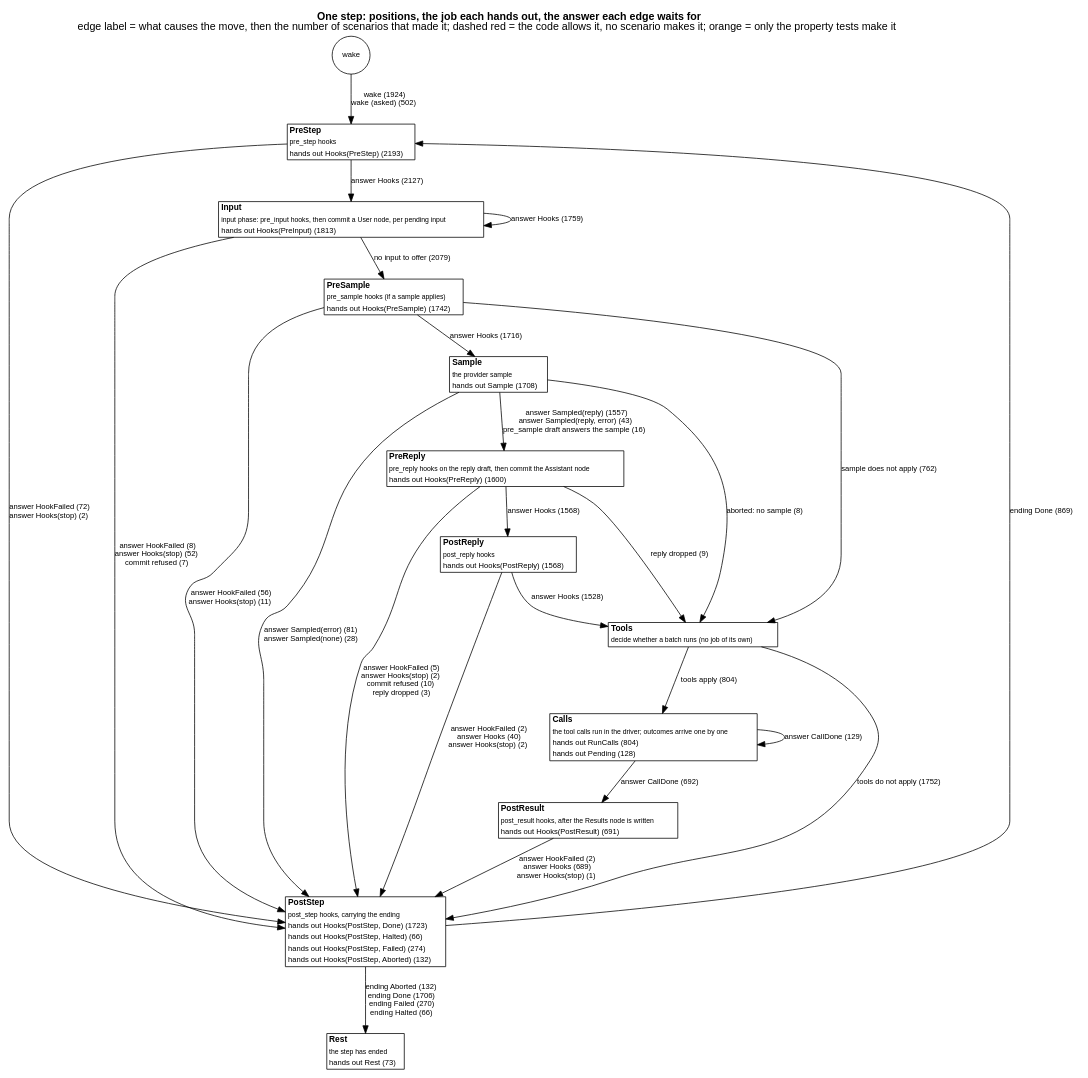
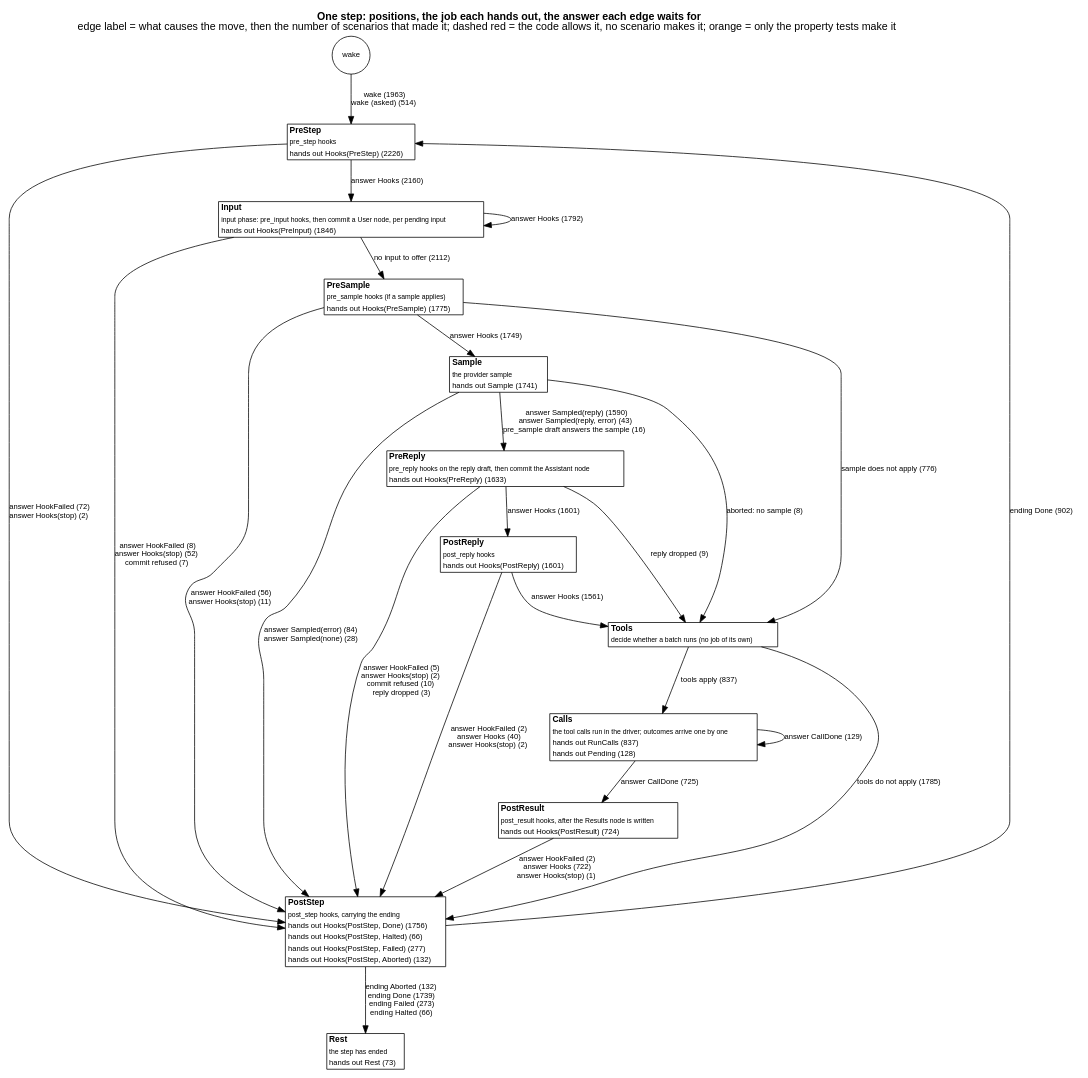
Before and after one commit to jmccardle/tau: the diagram in docs/as-built/diagrams/step-positions.dot, drawn with Graphviz. The commit also changed 5 other files, not shown here.

Commit message:
docs: frontends guide's Welcome says protocol=2; as-built diagrams refreshed (Image, Outcome::Ok images)

```diff
--- a/docs/as-built/diagrams/step-positions.dot
+++ b/docs/as-built/diagrams/step-positions.dot
@@ -1,42 +1,42 @@
 // Generated by scripts/diagrams.sh from the test suites' transitions. Do not edit.
 digraph step_positions {
   graph [rankdir=TB, fontname="Helvetica", nodesep=0.5, ranksep=0.6, labelloc=t, label=<<b>One step: positions, the job each hands out, the answer each edge waits for</b><br/>edge label = what causes the move, then the number of scenarios that made it; dashed red = the code allows it, no scenario makes it; orange = only the property tests make it>];
   node [shape=plain, fontname="Helvetica", fontsize=11];
   edge [fontname="Helvetica", fontsize=10];
   "(wake)" [shape=circle, label="wake", fontsize=10];
-  "PreStep" [label=<<table border="1" cellborder="0" cellspacing="0" bgcolor="white"><tr><td align="left"><b>PreStep</b></td></tr><tr><td align="left"><font point-size="9">pre_step hooks</font></td></tr><tr><td align="left"><font color="black" point-size="10">hands out Hooks(PreStep) (2193)</font></td></tr></table>>];
-  "Input" [label=<<table border="1" cellborder="0" cellspacing="0" bgcolor="white"><tr><td align="left"><b>Input</b></td></tr><tr><td align="left"><font point-size="9">input phase: pre_input hooks, then commit a User node, per pending input</font></td></tr><tr><td align="left"><font color="black" point-size="10">hands out Hooks(PreInput) (1813)</font></td></tr></table>>];
-  "PreSample" [label=<<table border="1" cellborder="0" cellspacing="0" bgcolor="white"><tr><td align="left"><b>PreSample</b></td></tr><tr><td align="left"><font point-size="9">pre_sample hooks (if a sample applies)</font></td></tr><tr><td align="left"><font color="black" point-size="10">hands out Hooks(PreSample) (1742)</font></td></tr></table>>];
-  "Sample" [label=<<table border="1" cellborder="0" cellspacing="0" bgcolor="white"><tr><td align="left"><b>Sample</b></td></tr><tr><td align="left"><font point-size="9">the provider sample</font></td></tr><tr><td align="left"><font color="black" point-size="10">hands out Sample (1708)</font></td></tr></table>>];
-  "PreReply" [label=<<table border="1" cellborder="0" cellspacing="0" bgcolor="white"><tr><td align="left"><b>PreReply</b></td></tr><tr><td align="left"><font point-size="9">pre_reply hooks on the reply draft, then commit the Assistant node</font></td></tr><tr><td align="left"><font color="black" point-size="10">hands out Hooks(PreReply) (1600)</font></td></tr></table>>];
-  "PostReply" [label=<<table border="1" cellborder="0" cellspacing="0" bgcolor="white"><tr><td align="left"><b>PostReply</b></td></tr><tr><td align="left"><font point-size="9">post_reply hooks</font></td></tr><tr><td align="left"><font color="black" point-size="10">hands out Hooks(PostReply) (1568)</font></td></tr></table>>];
+  "PreStep" [label=<<table border="1" cellborder="0" cellspacing="0" bgcolor="white"><tr><td align="left"><b>PreStep</b></td></tr><tr><td align="left"><font point-size="9">pre_step hooks</font></td></tr><tr><td align="left"><font color="black" point-size="10">hands out Hooks(PreStep) (2226)</font></td></tr></table>>];
+  "Input" [label=<<table border="1" cellborder="0" cellspacing="0" bgcolor="white"><tr><td align="left"><b>Input</b></td></tr><tr><td align="left"><font point-size="9">input phase: pre_input hooks, then commit a User node, per pending input</font></td></tr><tr><td align="left"><font color="black" point-size="10">hands out Hooks(PreInput) (1846)</font></td></tr></table>>];
+  "PreSample" [label=<<table border="1" cellborder="0" cellspacing="0" bgcolor="white"><tr><td align="left"><b>PreSample</b></td></tr><tr><td align="left"><font point-size="9">pre_sample hooks (if a sample applies)</font></td></tr><tr><td align="left"><font color="black" point-size="10">hands out Hooks(PreSample) (1775)</font></td></tr></table>>];
+  "Sample" [label=<<table border="1" cellborder="0" cellspacing="0" bgcolor="white"><tr><td align="left"><b>Sample</b></td></tr><tr><td align="left"><font point-size="9">the provider sample</font></td></tr><tr><td align="left"><font color="black" point-size="10">hands out Sample (1741)</font></td></tr></table>>];
+  "PreReply" [label=<<table border="1" cellborder="0" cellspacing="0" bgcolor="white"><tr><td align="left"><b>PreReply</b></td></tr><tr><td align="left"><font point-size="9">pre_reply hooks on the reply draft, then commit the Assistant node</font></td></tr><tr><td align="left"><font color="black" point-size="10">hands out Hooks(PreReply) (1633)</font></td></tr></table>>];
+  "PostReply" [label=<<table border="1" cellborder="0" cellspacing="0" bgcolor="white"><tr><td align="left"><b>PostReply</b></td></tr><tr><td align="left"><font point-size="9">post_reply hooks</font></td></tr><tr><td align="left"><font color="black" point-size="10">hands out Hooks(PostReply) (1601)</font></td></tr></table>>];
   "Tools" [label=<<table border="1" cellborder="0" cellspacing="0" bgcolor="white"><tr><td align="left"><b>Tools</b></td></tr><tr><td align="left"><font point-size="9">decide whether a batch runs (no job of its own)</font></td></tr></table>>];
-  "Calls" [label=<<table border="1" cellborder="0" cellspacing="0" bgcolor="white"><tr><td align="left"><b>Calls</b></td></tr><tr><td align="left"><font point-size="9">the tool calls run in the driver; outcomes arrive one by one</font></td></tr><tr><td align="left"><font color="black" point-size="10">hands out RunCalls (804)</font></td></tr><tr><td align="left"><font color="black" point-size="10">hands out Pending (128)</font></td></tr></table>>];
-  "PostResult" [label=<<table border="1" cellborder="0" cellspacing="0" bgcolor="white"><tr><td align="left"><b>PostResult</b></td></tr><tr><td align="left"><font point-size="9">post_result hooks, after the Results node is written</font></td></tr><tr><td align="left"><font color="black" point-size="10">hands out Hooks(PostResult) (691)</font></td></tr></table>>];
-  "PostStep" [label=<<table border="1" cellborder="0" cellspacing="0" bgcolor="white"><tr><td align="left"><b>PostStep</b></td></tr><tr><td align="left"><font point-size="9">post_step hooks, carrying the ending</font></td></tr><tr><td align="left"><font color="black" point-size="10">hands out Hooks(PostStep, Done) (1723)</font></td></tr><tr><td align="left"><font color="black" point-size="10">hands out Hooks(PostStep, Halted) (66)</font></td></tr><tr><td align="left"><font color="black" point-size="10">hands out Hooks(PostStep, Failed) (274)</font></td></tr><tr><td align="left"><font color="black" point-size="10">hands out Hooks(PostStep, Aborted) (132)</font></td></tr></table>>];
+  "Calls" [label=<<table border="1" cellborder="0" cellspacing="0" bgcolor="white"><tr><td align="left"><b>Calls</b></td></tr><tr><td align="left"><font point-size="9">the tool calls run in the driver; outcomes arrive one by one</font></td></tr><tr><td align="left"><font color="black" point-size="10">hands out RunCalls (837)</font></td></tr><tr><td align="left"><font color="black" point-size="10">hands out Pending (128)</font></td></tr></table>>];
+  "PostResult" [label=<<table border="1" cellborder="0" cellspacing="0" bgcolor="white"><tr><td align="left"><b>PostResult</b></td></tr><tr><td align="left"><font point-size="9">post_result hooks, after the Results node is written</font></td></tr><tr><td align="left"><font color="black" point-size="10">hands out Hooks(PostResult) (724)</font></td></tr></table>>];
+  "PostStep" [label=<<table border="1" cellborder="0" cellspacing="0" bgcolor="white"><tr><td align="left"><b>PostStep</b></td></tr><tr><td align="left"><font point-size="9">post_step hooks, carrying the ending</font></td></tr><tr><td align="left"><font color="black" point-size="10">hands out Hooks(PostStep, Done) (1756)</font></td></tr><tr><td align="left"><font color="black" point-size="10">hands out Hooks(PostStep, Halted) (66)</font></td></tr><tr><td align="left"><font color="black" point-size="10">hands out Hooks(PostStep, Failed) (277)</font></td></tr><tr><td align="left"><font color="black" point-size="10">hands out Hooks(PostStep, Aborted) (132)</font></td></tr></table>>];
   "Rest" [label=<<table border="1" cellborder="0" cellspacing="0" bgcolor="white"><tr><td align="left"><b>Rest</b></td></tr><tr><td align="left"><font point-size="9">the step has ended</font></td></tr><tr><td align="left"><font color="black" point-size="10">hands out Rest (73)</font></td></tr></table>>];
-  "(wake)" -> "PreStep" [label=<wake (1924)<br/>wake (asked) (502)>, color="black", style=solid];
+  "(wake)" -> "PreStep" [label=<wake (1963)<br/>wake (asked) (514)>, color="black", style=solid];
   "Calls" -> "Calls" [label=<answer CallDone (129)>, color="black", style=solid];
-  "Calls" -> "PostResult" [label=<answer CallDone (692)>, color="black", style=solid];
-  "Input" -> "Input" [label=<answer Hooks (1759)>, color="black", style=solid];
+  "Calls" -> "PostResult" [label=<answer CallDone (725)>, color="black", style=solid];
+  "Input" -> "Input" [label=<answer Hooks (1792)>, color="black", style=solid];
   "Input" -> "PostStep" [label=<answer HookFailed (8)<br/>answer Hooks(stop) (52)<br/>commit refused (7)>, color="black", style=solid];
-  "Input" -> "PreSample" [label=<no input to offer (2079)>, color="black", style=solid];
+  "Input" -> "PreSample" [label=<no input to offer (2112)>, color="black", style=solid];
   "PostReply" -> "PostStep" [label=<answer HookFailed (2)<br/>answer Hooks (40)<br/>answer Hooks(stop) (2)>, color="black", style=solid];
-  "PostReply" -> "Tools" [label=<answer Hooks (1528)>, color="black", style=solid];
-  "PostResult" -> "PostStep" [label=<answer HookFailed (2)<br/>answer Hooks (689)<br/>answer Hooks(stop) (1)>, color="black", style=solid];
-  "PostStep" -> "PreStep" [label=<ending Done (869)>, color="black", style=solid];
-  "PostStep" -> "Rest" [label=<ending Aborted (132)<br/>ending Done (1706)<br/>ending Failed (270)<br/>ending Halted (66)>, color="black", style=solid];
-  "PreReply" -> "PostReply" [label=<answer Hooks (1568)>, color="black", style=solid];
+  "PostReply" -> "Tools" [label=<answer Hooks (1561)>, color="black", style=solid];
+  "PostResult" -> "PostStep" [label=<answer HookFailed (2)<br/>answer Hooks (722)<br/>answer Hooks(stop) (1)>, color="black", style=solid];
+  "PostStep" -> "PreStep" [label=<ending Done (902)>, color="black", style=solid];
+  "PostStep" -> "Rest" [label=<ending Aborted (132)<br/>ending Done (1739)<br/>ending Failed (273)<br/>ending Halted (66)>, color="black", style=solid];
+  "PreReply" -> "PostReply" [label=<answer Hooks (1601)>, color="black", style=solid];
   "PreReply" -> "PostStep" [label=<answer HookFailed (5)<br/>answer Hooks(stop) (2)<br/>commit refused (10)<br/>reply dropped (3)>, color="black", style=solid];
   "PreReply" -> "Tools" [label=<reply dropped (9)>, color="black", style=solid];
   "PreSample" -> "PostStep" [label=<answer HookFailed (56)<br/>answer Hooks(stop) (11)>, color="black", style=solid];
-  "PreSample" -> "Sample" [label=<answer Hooks (1716)>, color="black", style=solid];
-  "PreSample" -> "Tools" [label=<sample does not apply (762)>, color="black", style=solid];
-  "PreStep" -> "Input" [label=<answer Hooks (2127)>, color="black", style=solid];
+  "PreSample" -> "Sample" [label=<answer Hooks (1749)>, color="black", style=solid];
+  "PreSample" -> "Tools" [label=<sample does not apply (776)>, color="black", style=solid];
+  "PreStep" -> "Input" [label=<answer Hooks (2160)>, color="black", style=solid];
   "PreStep" -> "PostStep" [label=<answer HookFailed (72)<br/>answer Hooks(stop) (2)>, color="black", style=solid];
-  "Sample" -> "PostStep" [label=<answer Sampled(error) (81)<br/>answer Sampled(none) (28)>, color="black", style=solid];
-  "Sample" -> "PreReply" [label=<answer Sampled(reply) (1557)<br/>answer Sampled(reply, error) (43)<br/>pre_sample draft answers the sample (16)>, color="black", style=solid];
+  "Sample" -> "PostStep" [label=<answer Sampled(error) (84)<br/>answer Sampled(none) (28)>, color="black", style=solid];
+  "Sample" -> "PreReply" [label=<answer Sampled(reply) (1590)<br/>answer Sampled(reply, error) (43)<br/>pre_sample draft answers the sample (16)>, color="black", style=solid];
   "Sample" -> "Tools" [label=<aborted: no sample (8)>, color="black", style=solid];
-  "Tools" -> "Calls" [label=<tools apply (804)>, color="black", style=solid];
-  "Tools" -> "PostStep" [label=<tools do not apply (1752)>, color="black", style=solid];
+  "Tools" -> "Calls" [label=<tools apply (837)>, color="black", style=solid];
+  "Tools" -> "PostStep" [label=<tools do not apply (1785)>, color="black", style=solid];
 }
```
